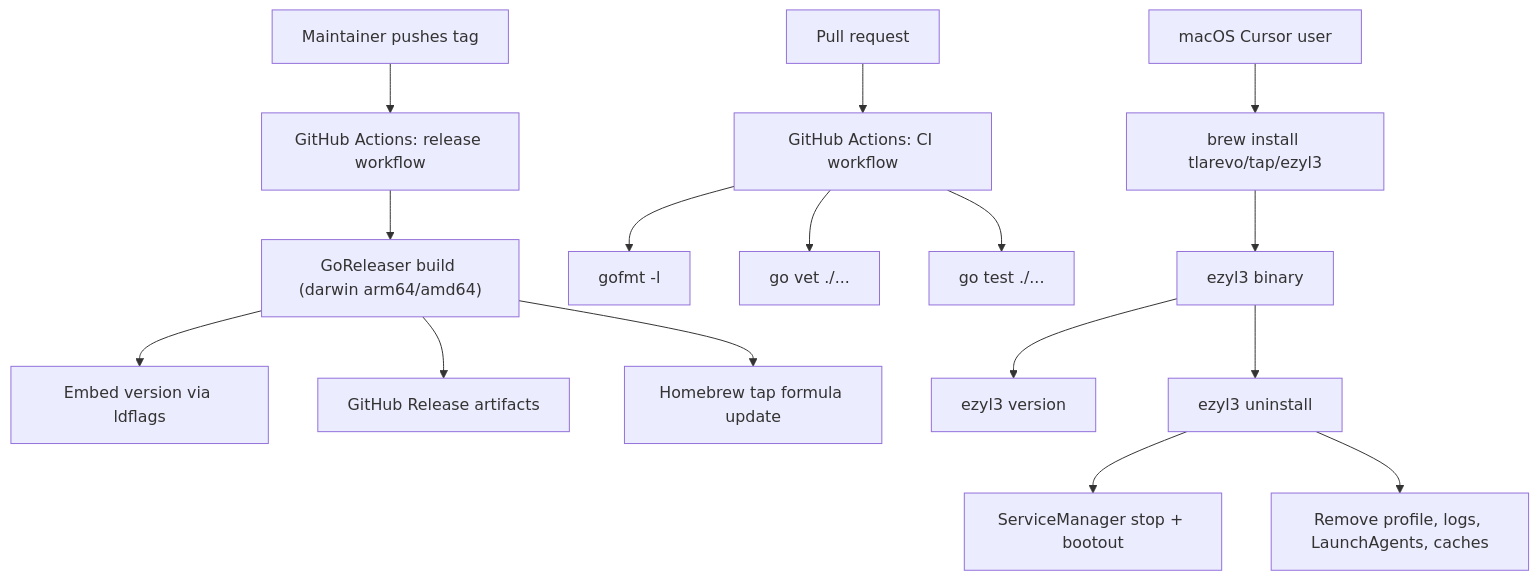
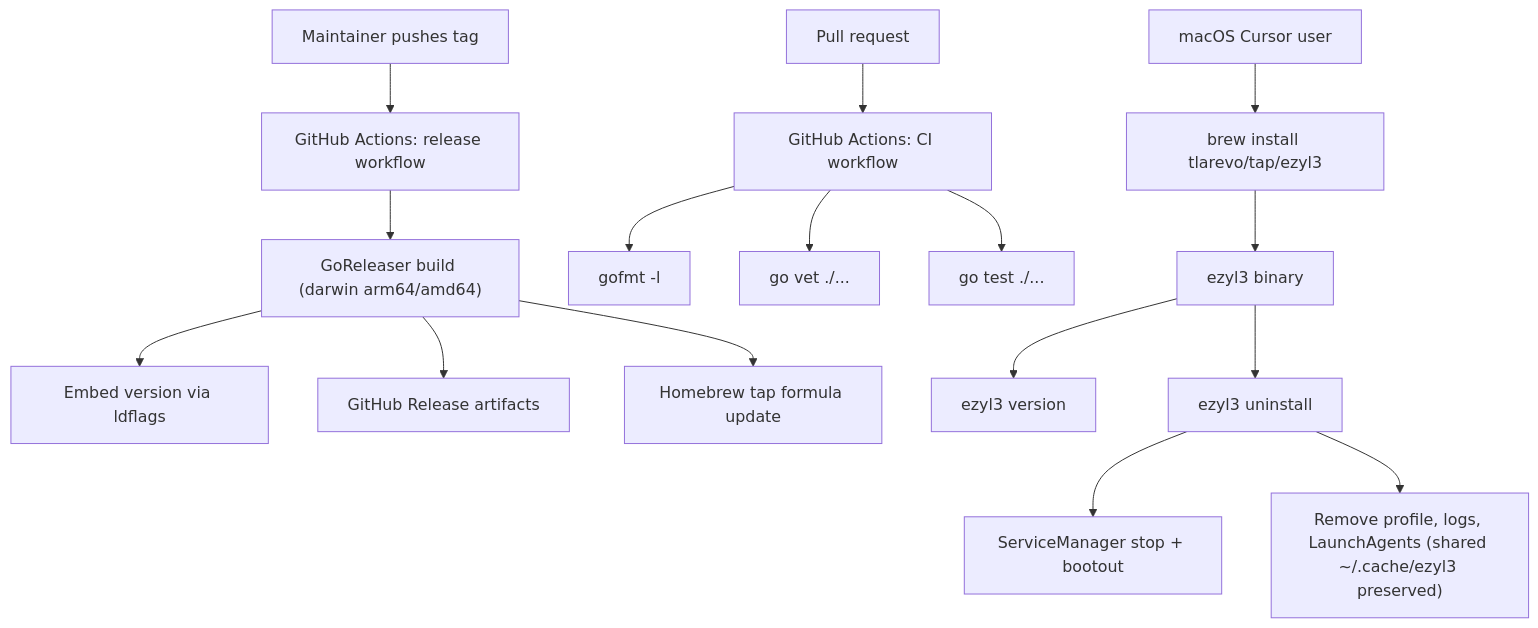
The diagram in docs/prd/2026-05-30-release-and-lifecycle.md (tlarevo/ezyl3), drawn with Mermaid before and after one commit. The commit also changed other lines of this file and 4 other files, not shown here.

````diff
--- a/docs/prd/2026-05-30-release-and-lifecycle.md
+++ b/docs/prd/2026-05-30-release-and-lifecycle.md
@@ -61,18 +61,18 @@
 ```mermaid
 flowchart TD
   Dev["Maintainer pushes tag"] --> Release["GitHub Actions: release workflow"]
   Release --> GoReleaser["GoReleaser build (darwin arm64/amd64)"]
   GoReleaser --> Version["Embed version via ldflags"]
   GoReleaser --> GHRelease["GitHub Release artifacts"]
   GoReleaser --> Tap["Homebrew tap formula update"]
   PR["Pull request"] --> CI["GitHub Actions: CI workflow"]
   CI --> Fmt["gofmt -l"]
   CI --> Vet["go vet ./..."]
   CI --> Test["go test ./..."]
   User["macOS Cursor user"] --> Brew["brew install tlarevo/tap/ezyl3"]
   Brew --> Binary["ezyl3 binary"]
   Binary --> VersionCmd["ezyl3 version"]
   Binary --> Uninstall["ezyl3 uninstall"]
   Uninstall --> Services["ServiceManager stop + bootout"]
-  Uninstall --> Paths["Remove profile, logs, LaunchAgents, caches"]
+  Uninstall --> Paths["Remove profile, logs, LaunchAgents (shared ~/.cache/ezyl3 preserved)"]
 ```
````
